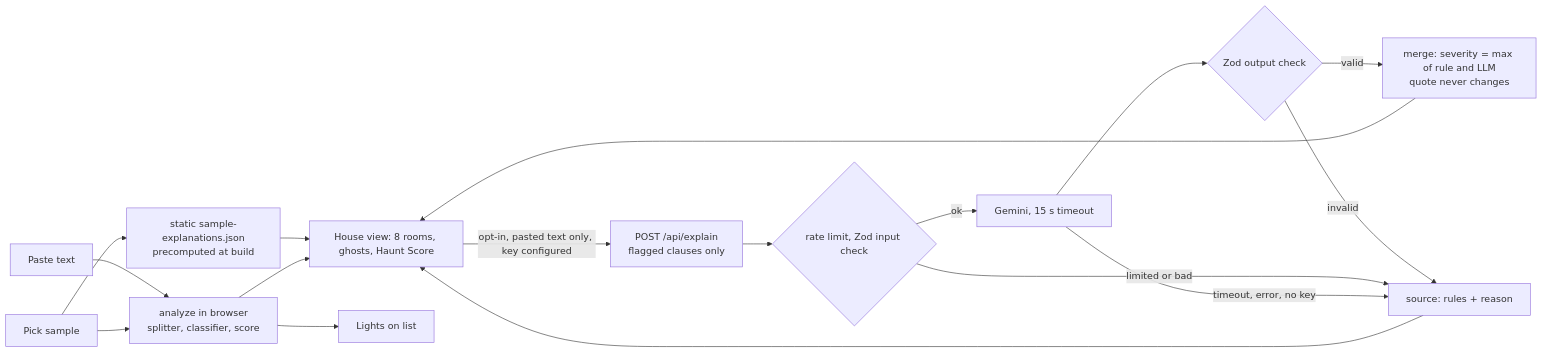
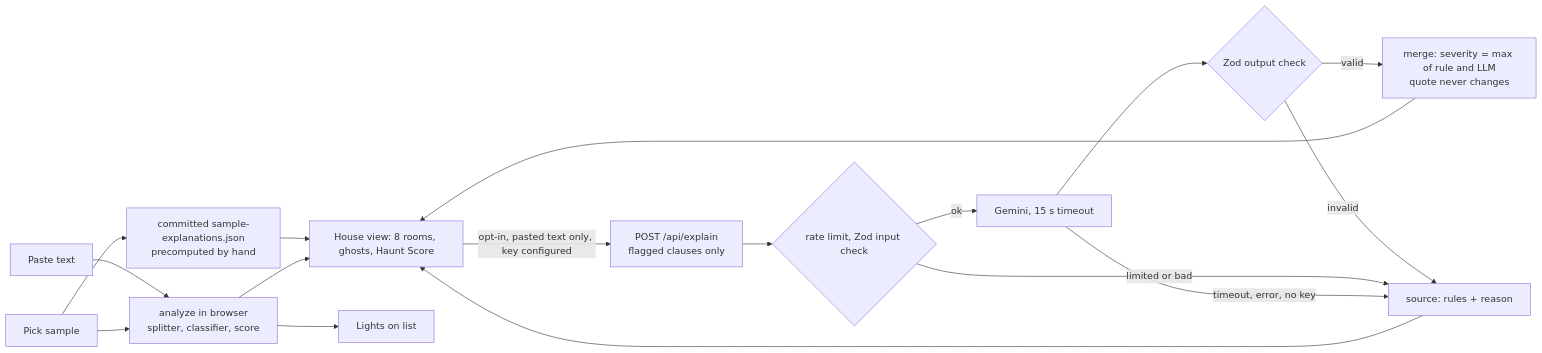
Before and after one commit to sohambannerjee8/the-haunted-clause: the diagram in PLAN_DECISIONS.md, drawn with Mermaid. The commit also changed other lines of this file and 10 other files, not shown here.

````diff
--- a/PLAN_DECISIONS.md
+++ b/PLAN_DECISIONS.md
@@ -63,19 +63,19 @@
 ```mermaid
 flowchart LR
   A[Paste text] --> B[analyze in browser<br/>splitter, classifier, score]
   S[Pick sample] --> B
-  S --> P[static sample-explanations.json<br/>precomputed at build]
+  S --> P[committed sample-explanations.json<br/>precomputed by hand]
   P --> C
   B --> C[House view: 8 rooms, ghosts, Haunt Score]
   B --> L[Lights on list]
   C -->|opt-in, pasted text only, key configured| D[POST /api/explain<br/>flagged clauses only]
   D --> E{rate limit, Zod input check}
   E -->|ok| F[Gemini, 15 s timeout]
   F --> G{Zod output check}
   G -->|valid| H[merge: severity = max of rule and LLM<br/>quote never changes]
   G -->|invalid| R[source: rules + reason]
   E -->|limited or bad| R
   F -->|timeout, error, no key| R
   H --> C
   R --> C
 ```
````
